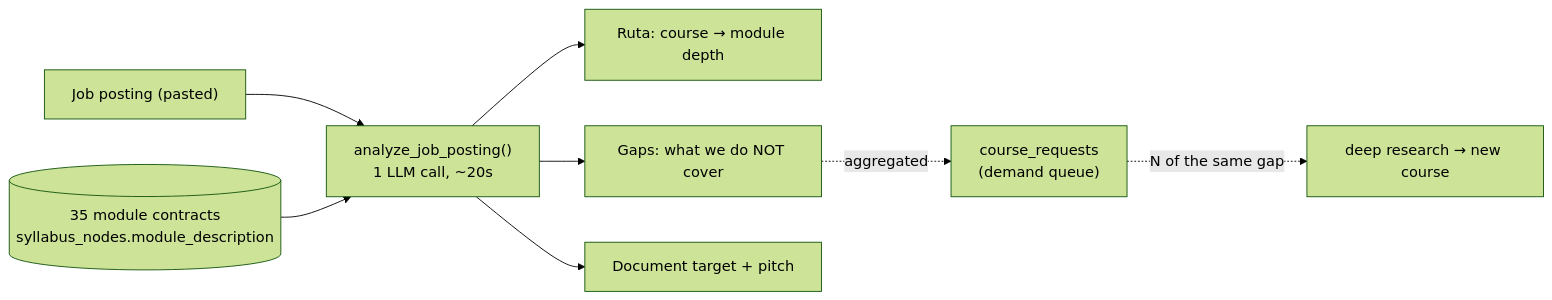
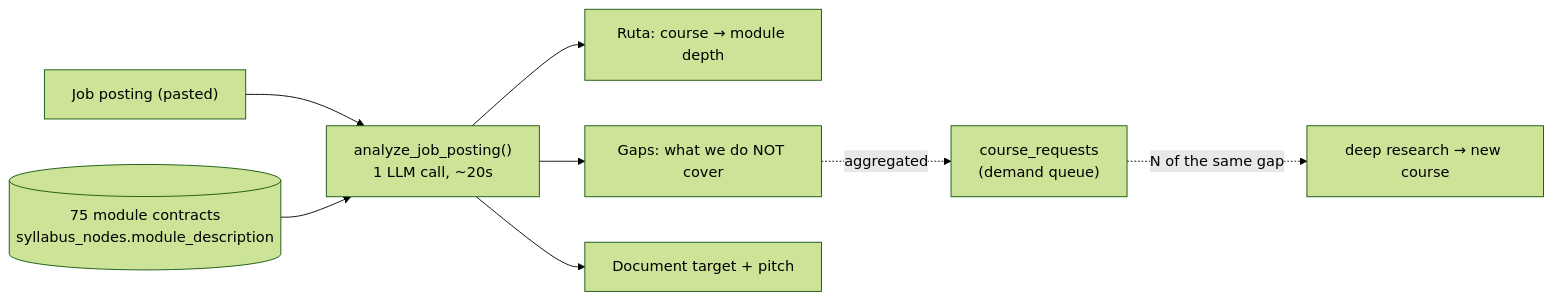
The diagram in docs/08-job-target.md (JtPerez-Acle/rumbo), drawn with Mermaid (forest theme) before and after one commit. The commit also changed 3 other files, not shown here.

````diff
--- a/docs/08-job-target.md
+++ b/docs/08-job-target.md
@@ -52,10 +52,10 @@
 ```mermaid
 flowchart LR
     P["Job posting (pasted)"] --> A["analyze_job_posting()\n1 LLM call, ~20s"]
-    M[("35 module contracts\nsyllabus_nodes.module_description")] --> A
+    M[("75 module contracts\nsyllabus_nodes.module_description")] --> A
     A --> R["Ruta: course → module depth"]
     A --> G["Gaps: what we do NOT cover"]
     A --> D["Document target + pitch"]
     G -.aggregated.-> CR["course_requests\n(demand queue)"]
     CR -.N of the same gap.-> DR["deep research → new course"]
 ```
````
